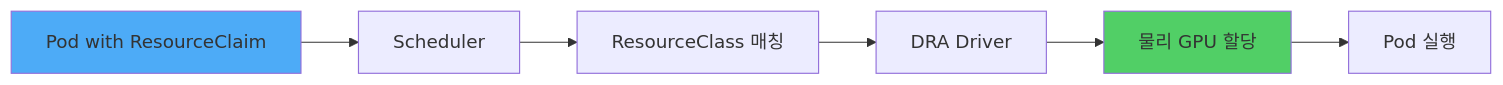
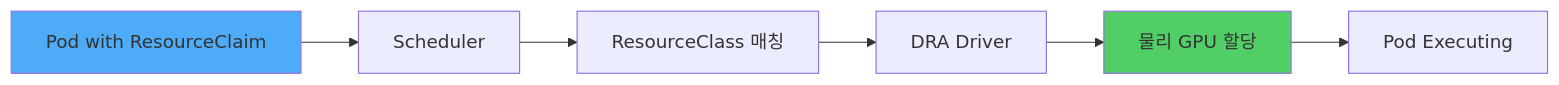
One commit to devfloor9/engineering-playbook changed diagram 13 of 16 in i18n/en/docusaurus-plugin-content-docs/current/eks-best-practices/resource-cost/eks-resource-optimization.md. Above: the diagram before and after it, drawn with Mermaid. The commit also changed other lines of this file and 16 other files, not shown here.

````diff
--- a/i18n/en/docusaurus-plugin-content-docs/current/eks-best-practices/resource-cost/eks-resource-optimization.md
+++ b/i18n/en/docusaurus-plugin-content-docs/current/eks-best-practices/resource-cost/eks-resource-optimization.md
@@ -4128,11 +4128,11 @@
 ```mermaid
 graph LR
     A[Pod with ResourceClaim] --> B[Scheduler]
     B --> C[ResourceClass 매칭]
     C --> D[DRA Driver]
     D --> E[물리 GPU 할당]
-    E --> F[Pod 실행]
+    E --> F[Pod Executing]
 
     style A fill:#4dabf7
     style E fill:#51cf66
 ```
````
